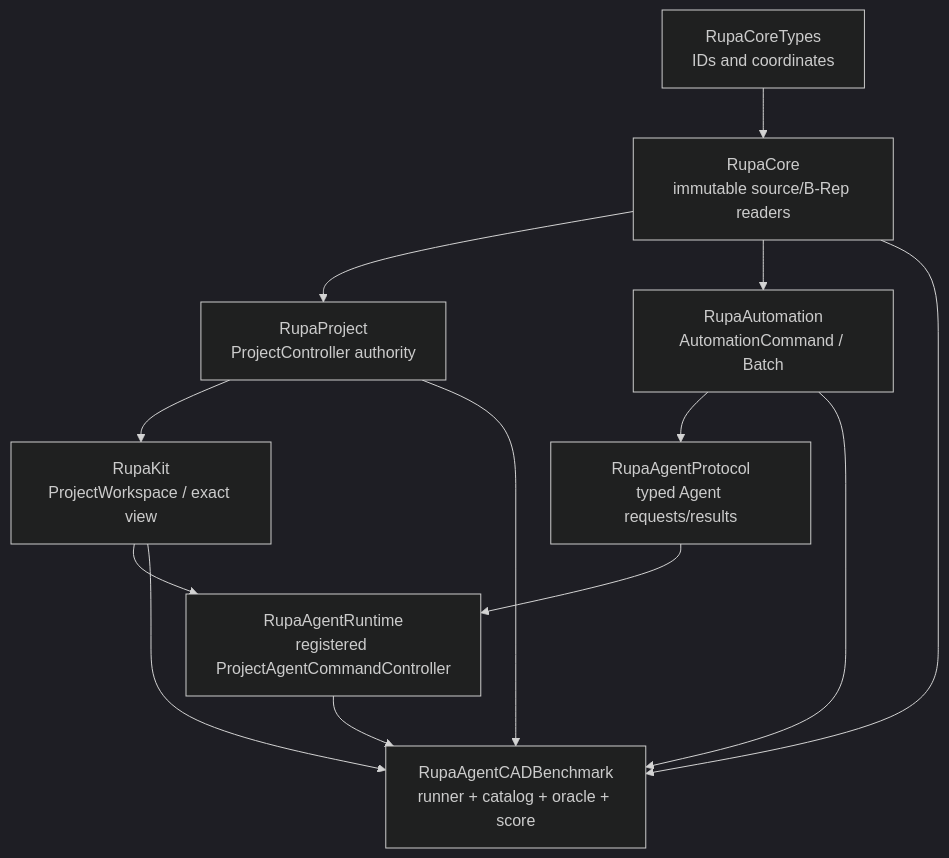
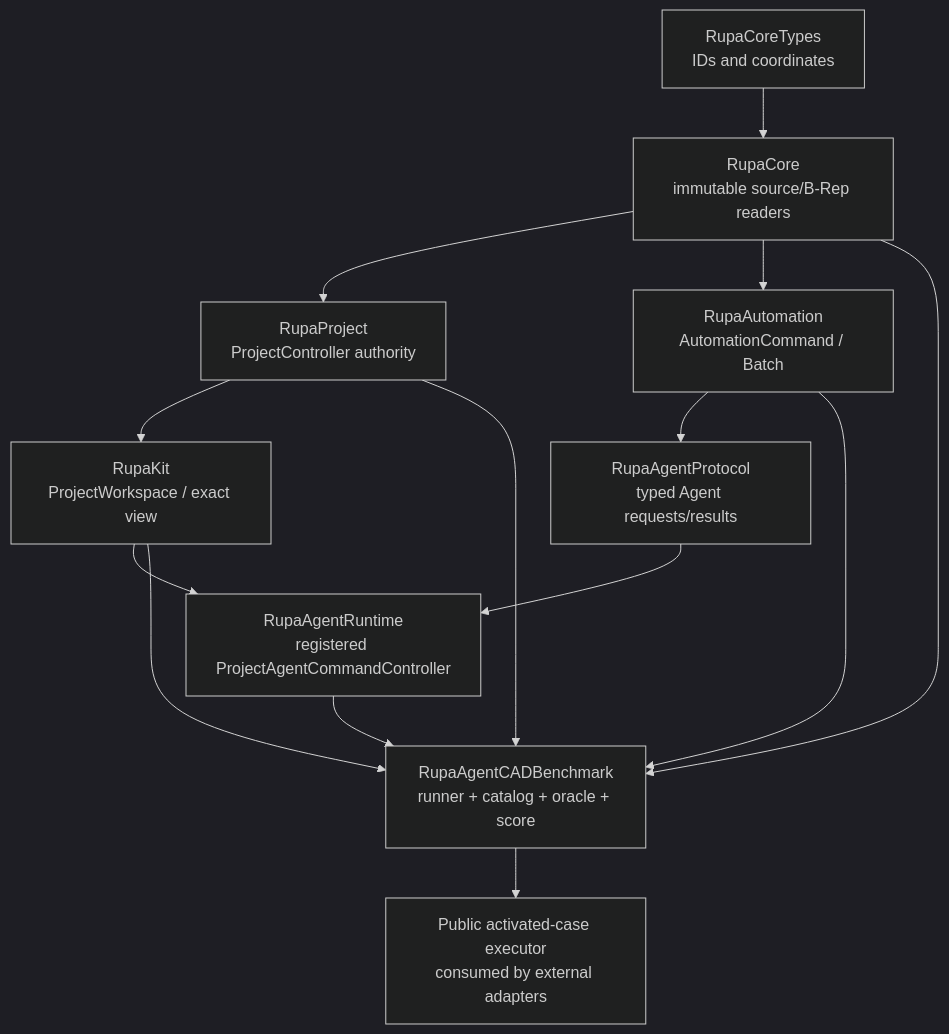
One commit to 1amageek/Rupa changed the first of 5 diagrams in RupaKit/Sources/RupaAgentCADBenchmark/DESIGN.md. Above: the diagram before and after it, drawn with Mermaid (dark theme). The commit also changed other lines of this file and 5 other files, not shown here.

Commit message:
Design external Agent benchmark adapter

````diff
--- a/RupaKit/Sources/RupaAgentCADBenchmark/DESIGN.md
+++ b/RupaKit/Sources/RupaAgentCADBenchmark/DESIGN.md
@@ -68,15 +74,16 @@
 ```mermaid
 flowchart TD
     Types["RupaCoreTypes\nIDs and coordinates"] --> Core["RupaCore\nimmutable source/B-Rep readers"]
     Core --> Project["RupaProject\nProjectController authority"]
     Core --> Automation["RupaAutomation\nAutomationCommand / Batch"]
     Project --> Kit["RupaKit\nProjectWorkspace / exact view"]
     Automation --> Protocol["RupaAgentProtocol\ntyped Agent requests/results"]
     Kit --> Runtime["RupaAgentRuntime\nregistered ProjectAgentCommandController"]
     Protocol --> Runtime
     Runtime --> Benchmark["RupaAgentCADBenchmark\nrunner + catalog + oracle + score"]
     Core --> Benchmark
     Project --> Benchmark
     Automation --> Benchmark
     Kit --> Benchmark
+    Benchmark --> External["Public activated-case executor\nconsumed by external adapters"]
 ```
````
